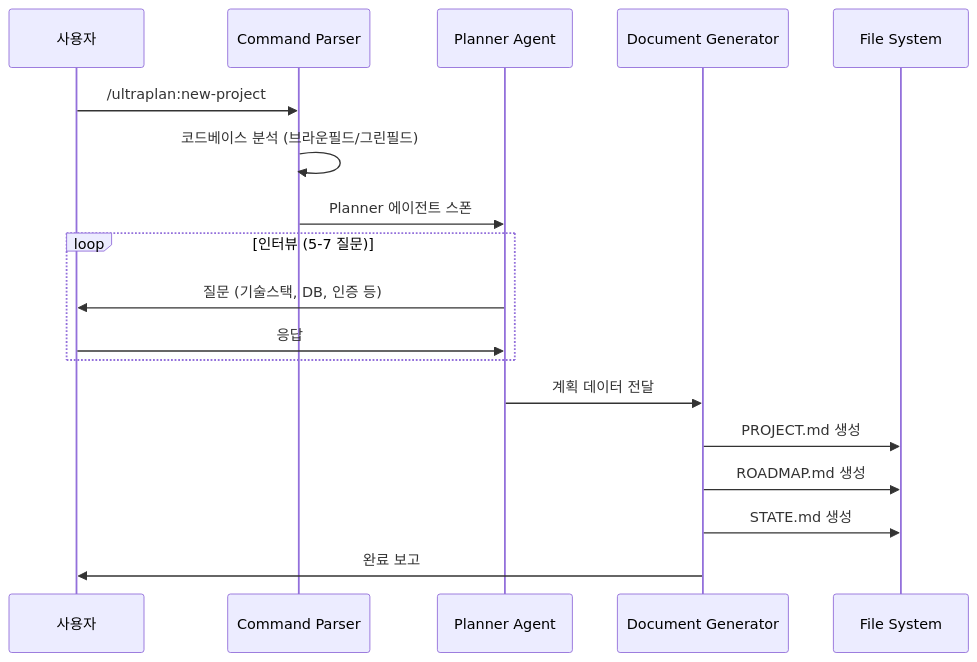
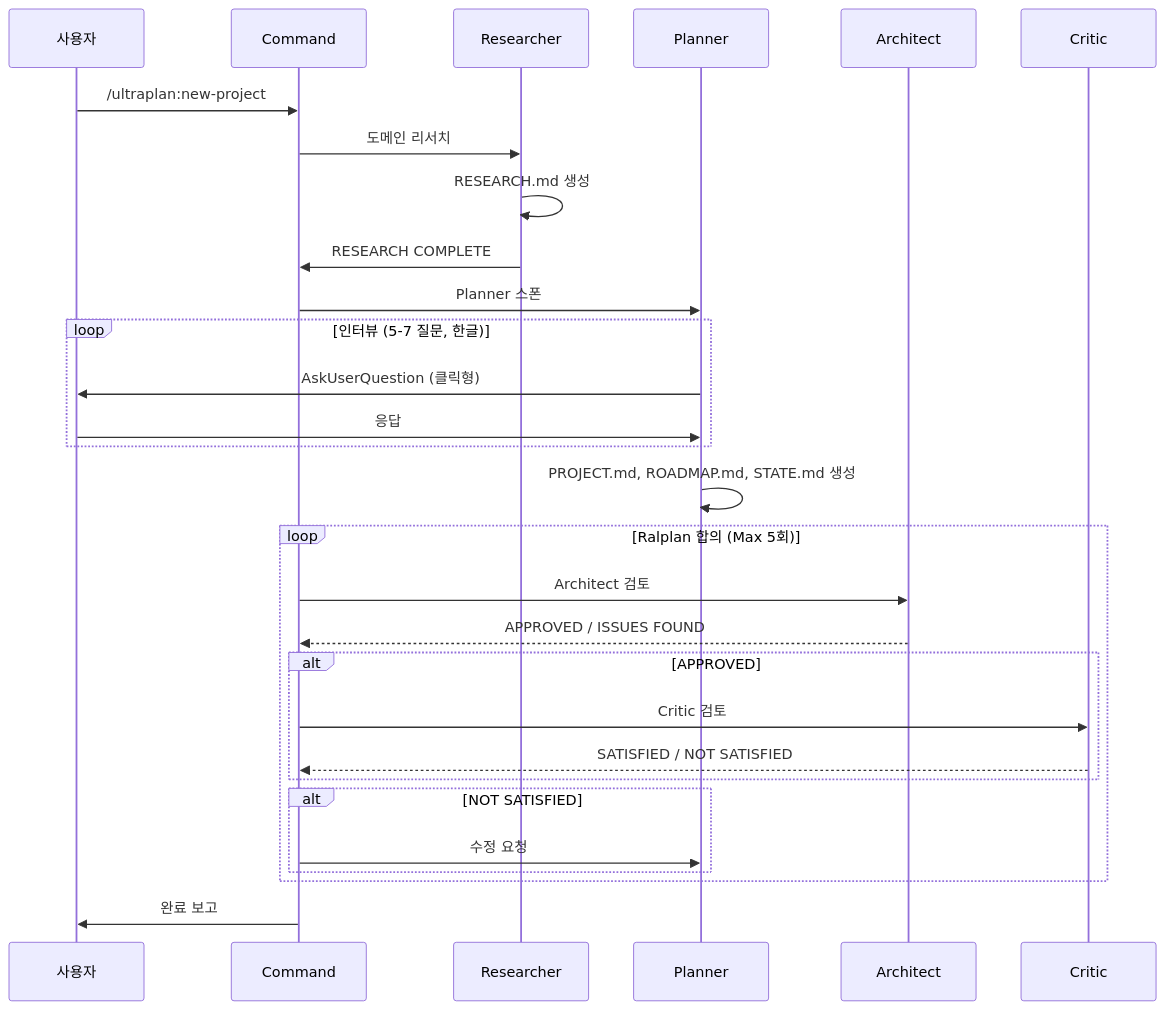
The first of 3 diagrams in README.md (suhwan/ultra-planning), drawn with Mermaid before and after one commit. The commit also changed other lines of this file, not shown here.

````diff
--- a/README.md
+++ b/README.md
@@ -121,23 +134,37 @@
 ```mermaid
 sequenceDiagram
     participant U as 사용자
-    participant C as Command Parser
-    participant P as Planner Agent
-    participant D as Document Generator
-    participant FS as File System
+    participant C as Command
+    participant R as Researcher
+    participant P as Planner
+    participant A as Architect
+    participant CR as Critic
 
     U->>C: /ultraplan:new-project
-    C->>C: 코드베이스 분석 (브라운필드/그린필드)
-    C->>P: Planner 에이전트 스폰
+    C->>R: 도메인 리서치
+    R->>R: RESEARCH.md 생성
+    R->>C: RESEARCH COMPLETE
 
-    loop 인터뷰 (5-7 질문)
-        P->>U: 질문 (기술스택, DB, 인증 등)
+    C->>P: Planner 스폰
+
+    loop 인터뷰 (5-7 질문, 한글)
+        P->>U: AskUserQuestion (클릭형)
         U->>P: 응답
     end
 
-    P->>D: 계획 데이터 전달
-    D->>FS: PROJECT.md 생성
-    D->>FS: ROADMAP.md 생성
-    D->>FS: STATE.md 생성
-    D->>U: 완료 보고
+    P->>P: PROJECT.md, ROADMAP.md, STATE.md 생성
+
+    loop Ralplan 합의 (Max 5회)
+        C->>A: Architect 검토
+        A-->>C: APPROVED / ISSUES FOUND
+        alt APPROVED
+            C->>CR: Critic 검토
+            CR-->>C: SATISFIED / NOT SATISFIED
+        end
+        alt NOT SATISFIED
+            C->>P: 수정 요청
+        end
+    end
+
+    C->>U: 완료 보고
 ```
````
